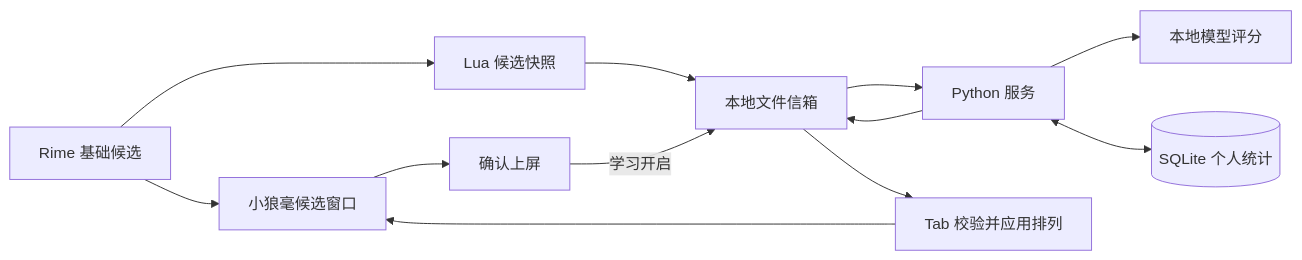
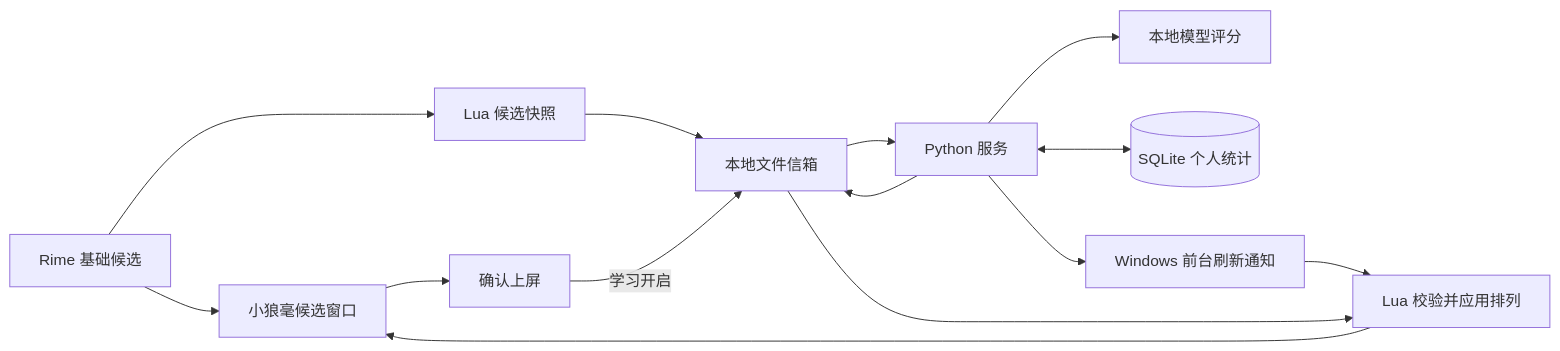
One commit to feli77/smart-im changed the diagram in docs/ARCHITECTURE.md. Above: the diagram before and after it, drawn with Mermaid. The commit also changed other lines of this file and 13 other files, not shown here.

````diff
--- a/docs/ARCHITECTURE.md
+++ b/docs/ARCHITECTURE.md
@@ -5,14 +5,16 @@
 ```mermaid
 flowchart LR
     R[Rime 基础候选] --> UI[小狼毫候选窗口]
     R --> L[Lua 候选快照]
     L --> F[本地文件信箱]
     F --> S[Python 服务]
     S --> M[本地模型评分]
     S <--> P[(SQLite 个人统计)]
     S --> F
-    F --> T[Tab 校验并应用排列]
+    S --> N[Windows 前台刷新通知]
+    N --> T[Lua 校验并应用排列]
+    F --> T
     T --> UI
     UI --> C[确认上屏]
     C -->|学习开启| F
 ```
````
